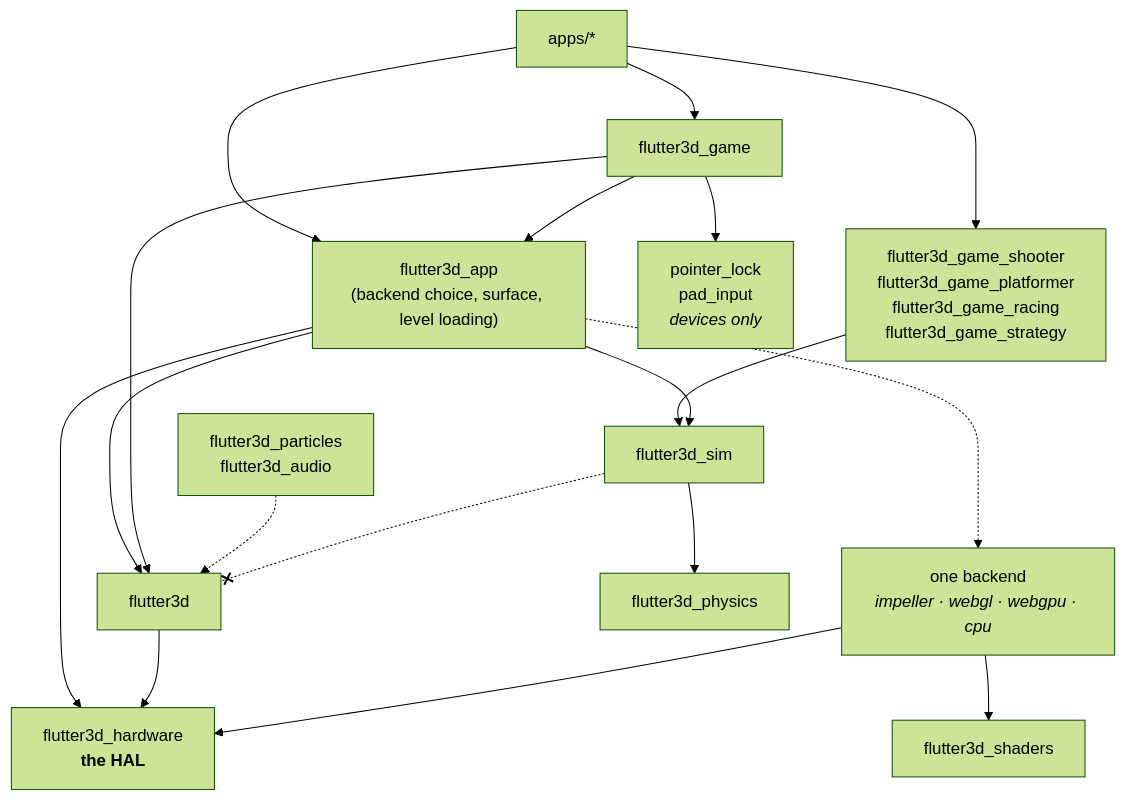
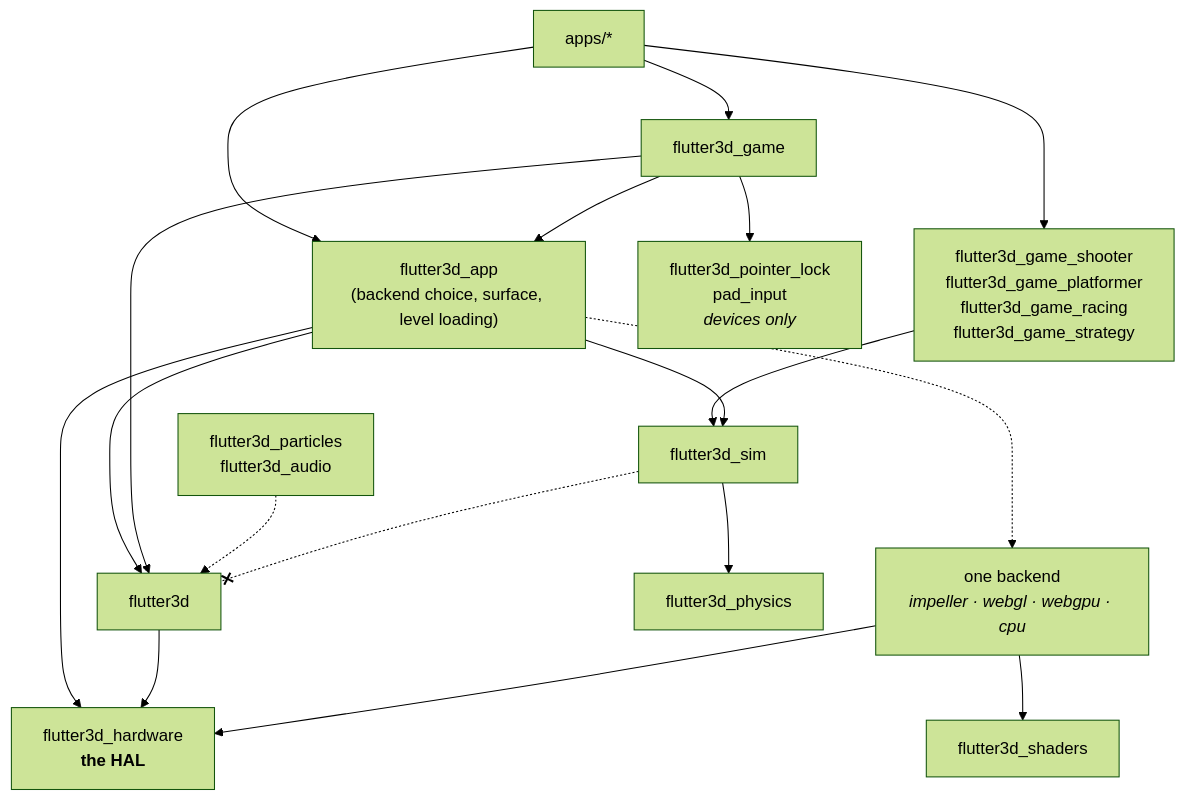
One commit to pleiondev/flutter3d changed the diagram in site/content/reference/packages.md. Above: the diagram before and after it, drawn with Mermaid (forest theme). The commit also changed other lines of this file and 117 other files, not shown here.

First line of the commit message:
The pointer lock publishes as flutter3d_pointer_lock

````diff
--- a/site/content/reference/packages.md
+++ b/site/content/reference/packages.md
@@ -343,22 +343,22 @@
 ```mermaid
 flowchart TB
   apps["apps/*"] --> genres["flutter3d_game_shooter<br>flutter3d_game_platformer<br>flutter3d_game_racing<br>flutter3d_game_strategy"]
   apps --> game["flutter3d_game"]
   apps --> app["flutter3d_app<br>(backend choice, surface, level loading)"]
   game --> app
   genres --> sim["flutter3d_sim"]
   app --> gfx["flutter3d_hardware<br><b>the HAL</b>"]
   app -.-> onebackend["one backend<br><i>impeller · webgl · webgpu · cpu</i>"]
   app --> engine["flutter3d"]
   app --> sim
   game --> engine
   sim --> physics["flutter3d_physics"]
   engine --> gfx
   onebackend --> gfx
   onebackend --> shaders["flutter3d_shaders"]
   extras["flutter3d_particles<br>flutter3d_audio"] -.-> engine
-  game --> devices["pointer_lock<br>pad_input<br><i>devices only</i>"]
+  game --> devices["flutter3d_pointer_lock<br>pad_input<br><i>devices only</i>"]
 
   classDef forbidden stroke-dasharray: 4 3
   sim -.-x engine
 ```
````
